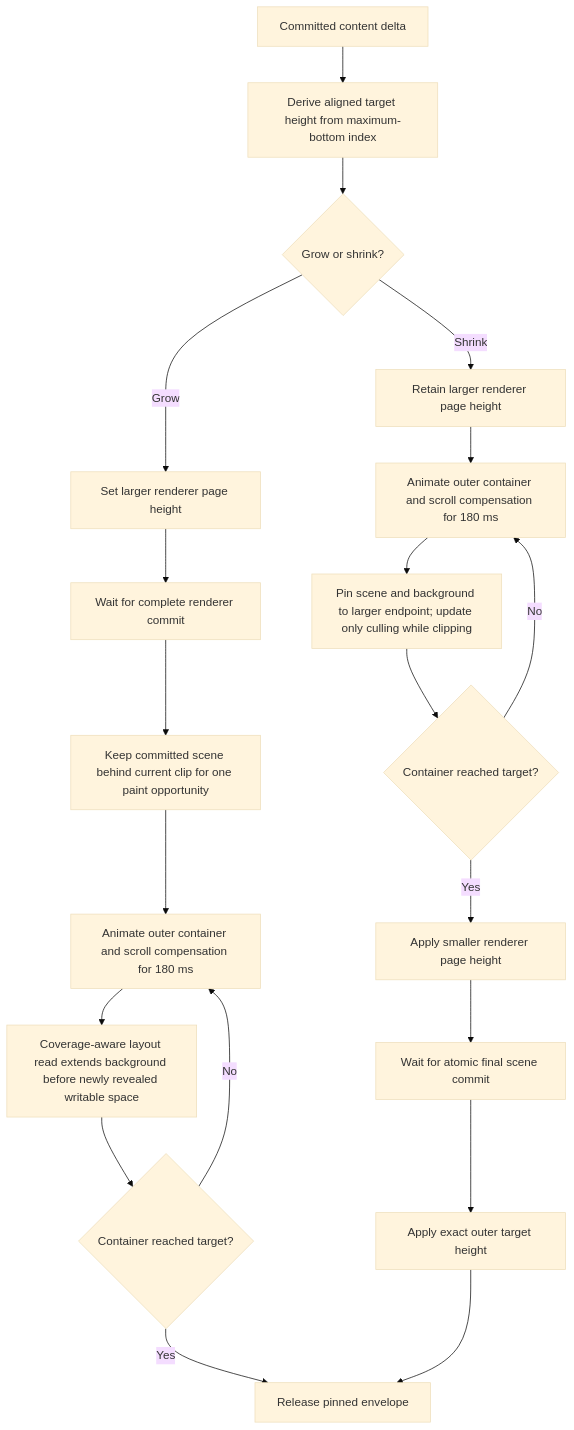
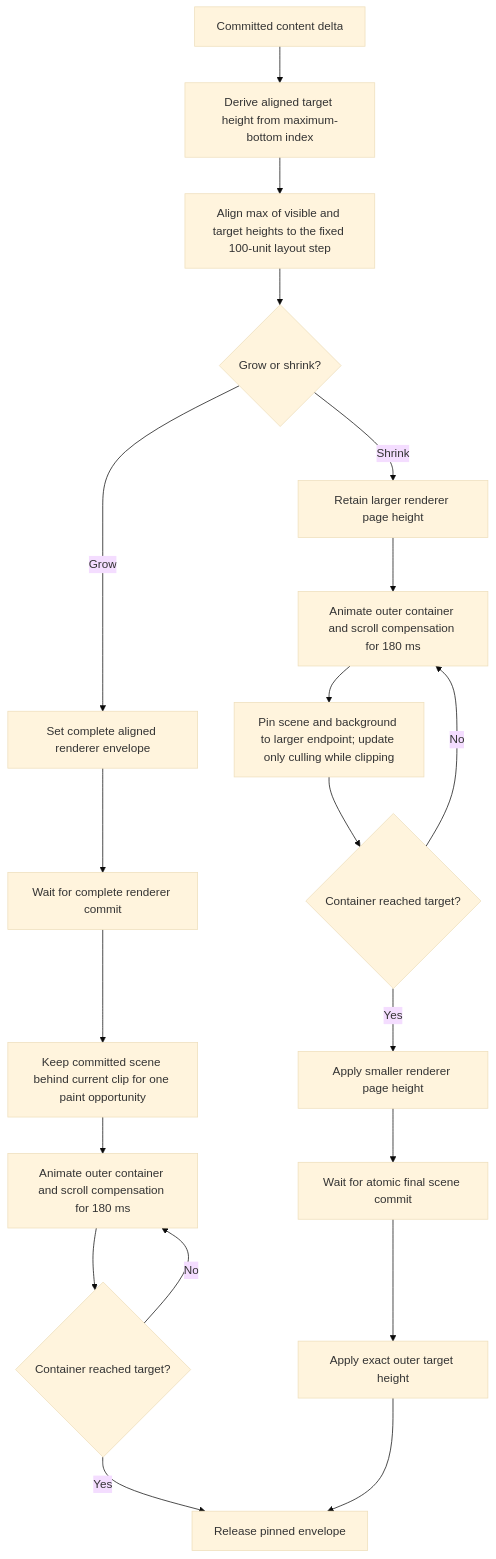
The sixth of 8 diagrams in docs/architecture-flows.md (boommasterxd/inkbook), drawn with Mermaid (base theme) before and after one commit. The commit also changed other lines of this file and 165 other files, not shown here.

Commit message:
refactor: restructure application architecture

````diff
--- a/docs/architecture-flows.md
+++ b/docs/architecture-flows.md
@@ -266,22 +266,22 @@
 ```mermaid
 flowchart TD
   delta["Committed content delta"] --> extent["Derive aligned target height from maximum-bottom index"]
-  extent --> direction{"Grow or shrink?"}
-  direction -->|Grow| targetScene["Set larger renderer page height"]
+  extent --> envelope["Align max of visible and target heights to the fixed 100-unit layout step"]
+  envelope --> direction{"Grow or shrink?"}
+  direction -->|Grow| targetScene["Set complete aligned renderer envelope"]
   targetScene --> sceneCommit["Wait for complete renderer commit"]
   sceneCommit --> paint["Keep committed scene behind current clip for one paint opportunity"]
   paint --> grow["Animate outer container and scroll compensation for 180 ms"]
-  grow --> extend["Coverage-aware layout read extends background before newly revealed writable space"]
-  extend --> growComplete{"Container reached target?"}
+  grow --> growComplete{"Container reached target?"}
   growComplete -->|No| grow
   growComplete -->|Yes| release["Release pinned envelope"]
   direction -->|Shrink| retain["Retain larger renderer page height"]
   retain --> shrink["Animate outer container and scroll compensation for 180 ms"]
   shrink --> clipped["Pin scene and background to larger endpoint; update only culling while clipping"]
   clipped --> shrinkComplete{"Container reached target?"}
   shrinkComplete -->|No| shrink
   shrinkComplete -->|Yes| shrinkScene["Apply smaller renderer page height"]
   shrinkScene --> finalScene["Wait for atomic final scene commit"]
   finalScene --> targetFrame["Apply exact outer target height"]
   targetFrame --> release
 ```
````
